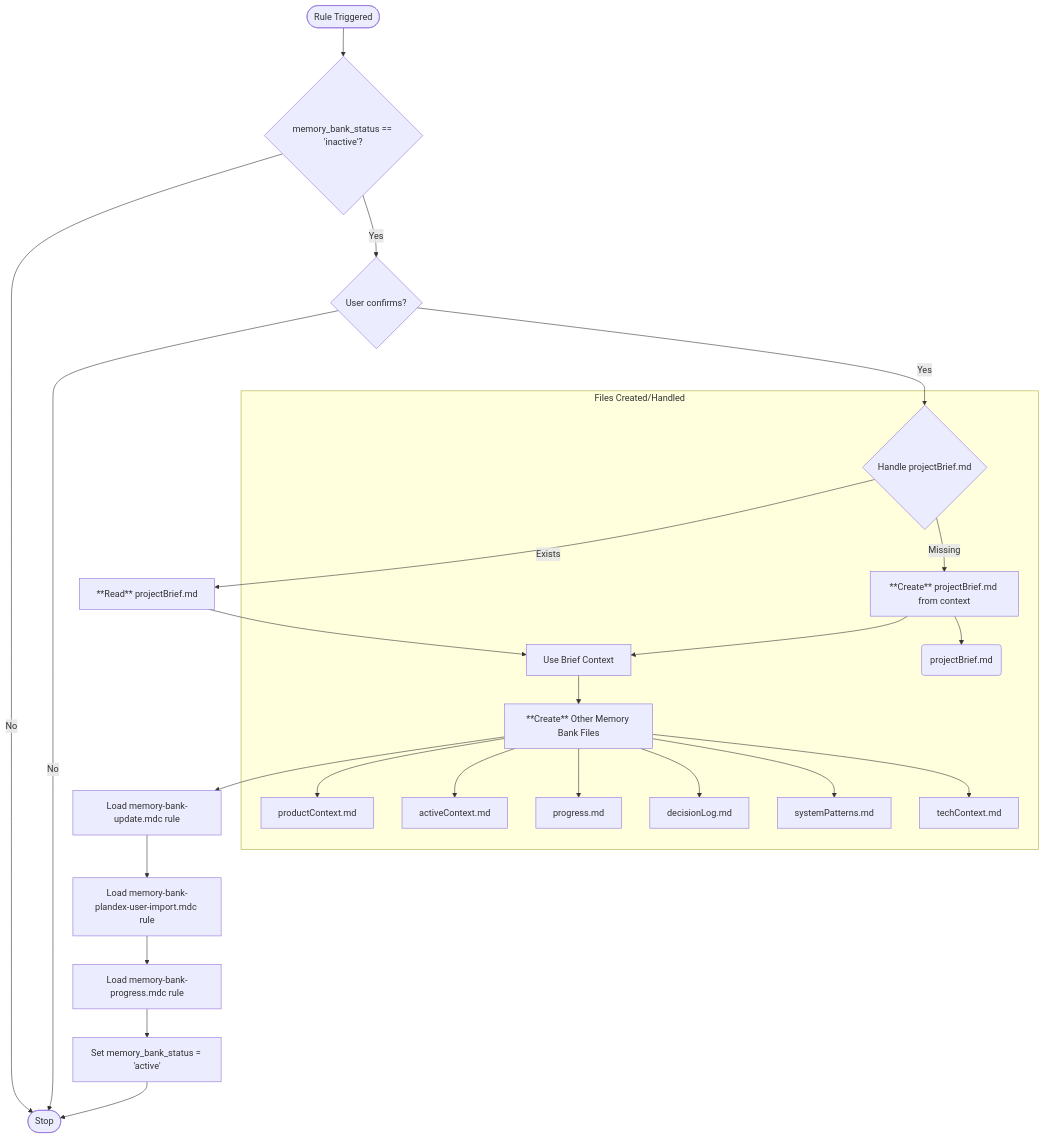
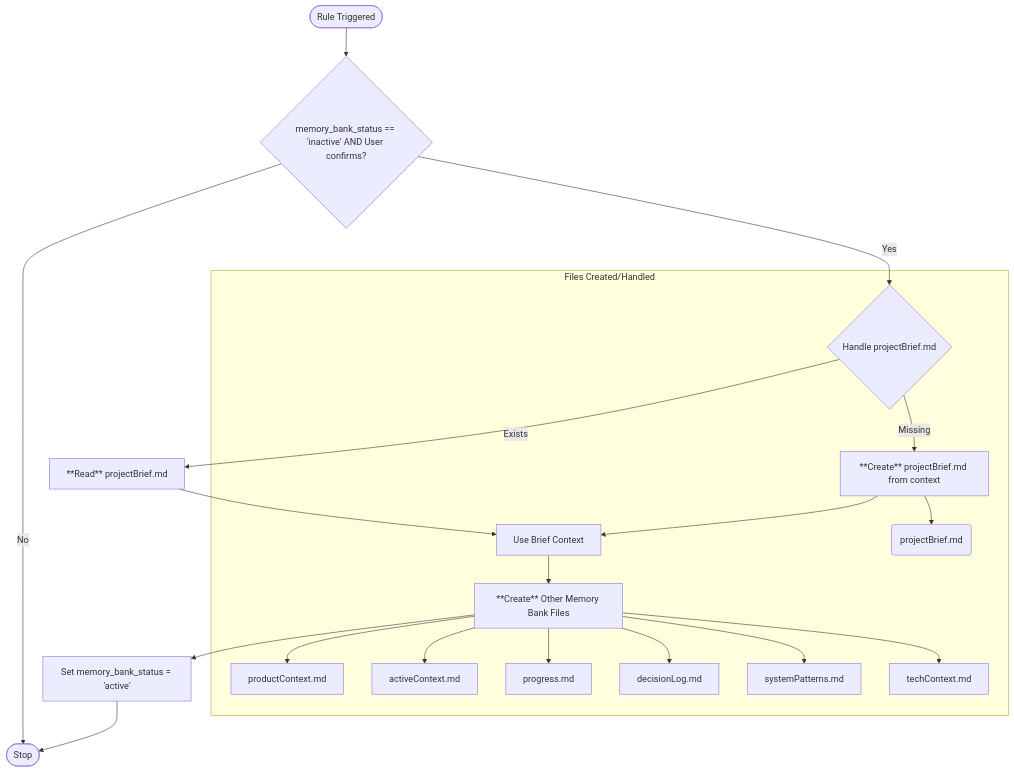
One commit to kvokka/getting-started changed the diagram in .cursor/rules/agent/memory-bank-init.mdc. Above: the diagram before and after it, drawn with Mermaid. The commit also changed other lines of this file and 9 other files, not shown here.

````diff
--- a/.cursor/rules/agent/memory-bank-init.mdc
+++ b/.cursor/rules/agent/memory-bank-init.mdc
@@ -19,35 +12,29 @@
 ```mermaid
 flowchart TD
-    Start([Rule Triggered]) --> CheckStatus{memory_bank_status == 'inactive'?}
-    CheckStatus -->|No| End([Stop])
-
-    CheckStatus -->|Yes| Confirm{User confirms?}
-    Confirm -->|No| End
+    Start([Rule Triggered]) --> Confirm{memory_bank_status == 'inactive' AND User confirms?}
+    Confirm -->|No| End([Stop])
 
     Confirm -->|Yes| HandleBrief{Handle projectBrief.md}
     HandleBrief -- Exists --> ReadBrief[**Read** projectBrief.md]
     HandleBrief -- Missing --> CreateBrief[**Create** projectBrief.md from context]
 
     ReadBrief --> UseBriefContext[Use Brief Context]
     CreateBrief --> UseBriefContext
 
     UseBriefContext --> CreateFiles[**Create** Other Memory Bank Files]
 
-    CreateFiles --> LoadUpdateRule[Load memory-bank-update.mdc rule]
-    LoadUpdateRule --> PlandexUserImportRule[Load memory-bank-plandex-user-import.mdc rule]
-    PlandexUserImportRule --> LoadProgressRule[Load memory-bank-progress.mdc rule]
-    LoadProgressRule --> UpdateStatus[Set memory_bank_status = 'active']
+    CreateFiles --> UpdateStatus[Set memory_bank_status = 'active']
     UpdateStatus --> End
 
     subgraph "Files Created/Handled"
         HandleBrief
         CreateBrief --> FileBrief(projectBrief.md)
         UseBriefContext
         CreateFiles --> ProductContext[productContext.md]
         CreateFiles --> ActiveContext[activeContext.md]
         CreateFiles --> Progress[progress.md]
         CreateFiles --> DecisionLog[decisionLog.md]
         CreateFiles --> SystemPatterns[systemPatterns.md]
         CreateFiles --> TechContext[techContext.md]
     end
 ```
````
